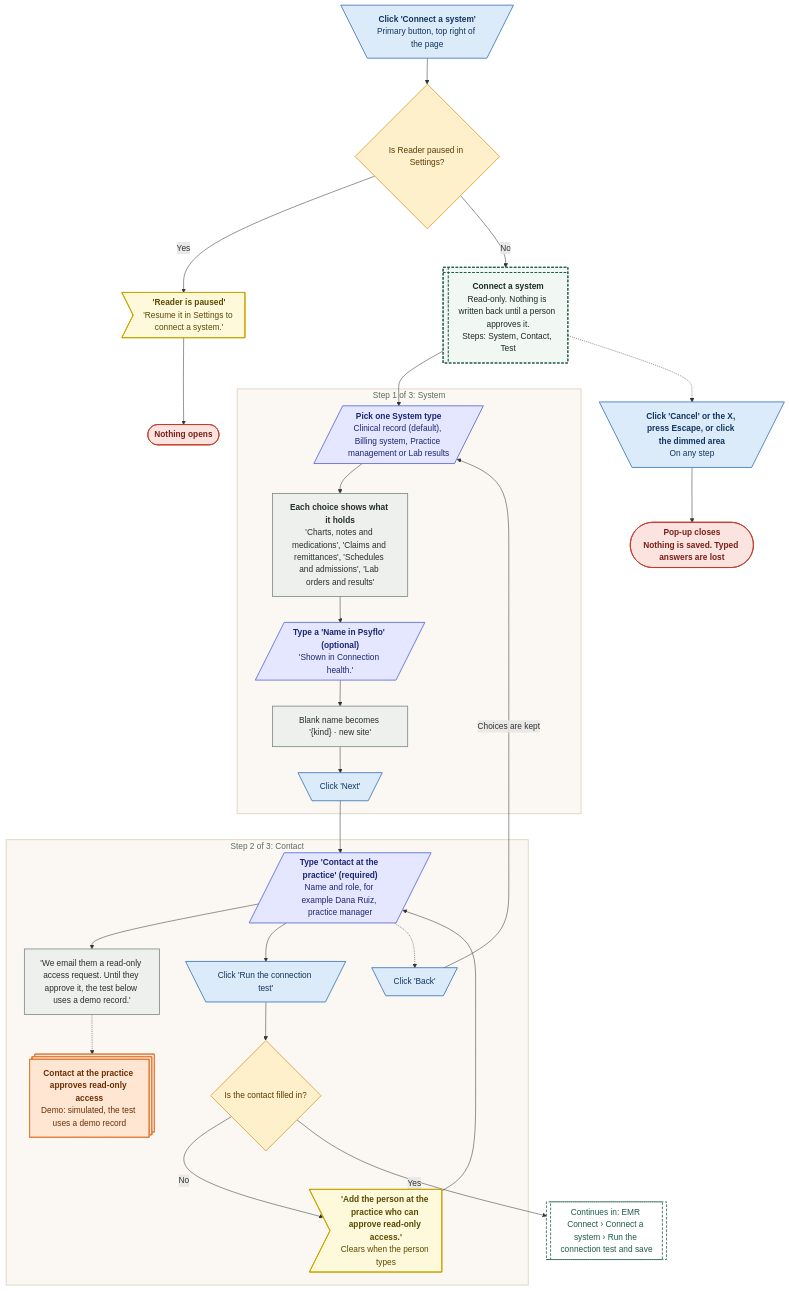
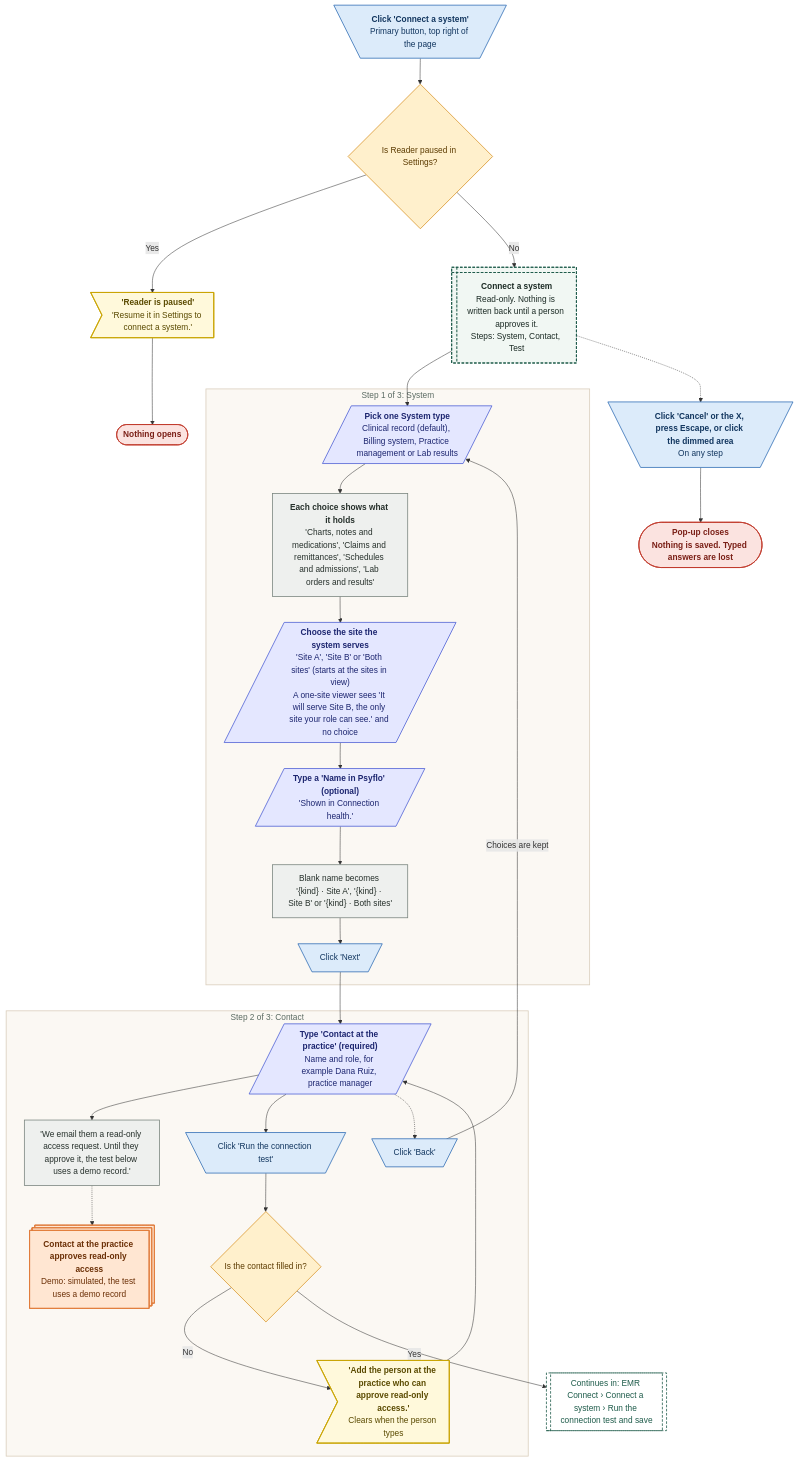
One commit to Shrav143/psyfloapp changed the eighth of 21 diagrams in demos/prior-auth-demo/workflows/out/md/09-emr-connect.md. Above: the diagram before and after it, drawn with Mermaid. The commit also changed other lines of this file and 251 other files, not shown here.

First line of the commit message:
docs: rebuild the workflow diagrams (291) for round 4

````diff
--- a/demos/prior-auth-demo/workflows/out/md/09-emr-connect.md
+++ b/demos/prior-auth-demo/workflows/out/md/09-emr-connect.md
@@ -488,69 +570,70 @@
 ```mermaid
 %%{init: {"theme":"base","themeVariables":{"fontFamily":"'DM Sans', 'Segoe UI', system-ui, sans-serif","fontSize":"15px","lineColor":"#5B6B63","primaryTextColor":"#1C2B25","clusterBkg":"#FBF8F3","clusterBorder":"#D9CDBB","edgeLabelBackground":"#FFFFFF"},"flowchart":{"curve":"basis","nodeSpacing":36,"rankSpacing":48,"padding":12,"htmlLabels":true,"useMaxWidth":false,"wrappingWidth":230}} }%%
 flowchart TD
   classDef k_start fill:#1F5C4B,stroke:#174638,color:#FFFFFF,stroke-width:1.5px,font-weight:600
   classDef k_end fill:#DDEFE3,stroke:#2E7D4F,color:#14502F,stroke-width:1.5px,font-weight:600
   classDef k_endx fill:#FBE3E0,stroke:#C0392B,color:#7A1F16,stroke-width:1.5px,font-weight:600
   classDef k_screen fill:#FFFDF8,stroke:#1F5C4B,color:#1C2B25,stroke-width:2px
   classDef k_overlay fill:#F1F7F3,stroke:#1F5C4B,color:#1C2B25,stroke-width:2px,stroke-dasharray:5 3
   classDef k_click fill:#DCEBFA,stroke:#2F6DB5,color:#12365F,stroke-width:1.5px
   classDef k_input fill:#E4E7FF,stroke:#4C5FD5,color:#1D2670,stroke-width:1.5px
   classDef k_process fill:#EEF0EE,stroke:#7A857F,color:#26302B,stroke-width:1.5px
   classDef k_agent fill:#EEE5FA,stroke:#7A4FC2,color:#341A63,stroke-width:1.5px
   classDef k_decision fill:#FFF0CC,stroke:#D9962B,color:#5C3B00,stroke-width:1.5px
   classDef k_store fill:#D5F0EA,stroke:#1C8E7B,color:#0B4A3F,stroke-width:1.5px
   classDef k_doc fill:#F6E9DC,stroke:#B07A4C,color:#4A2E14,stroke-width:1.5px
   classDef k_ext fill:#FFE6D2,stroke:#E07B39,color:#6B2F06,stroke-width:1.5px
   classDef k_wait fill:#E4E8EE,stroke:#6B7C93,color:#26303D,stroke-width:1.5px
   classDef k_toast fill:#FFF9DB,stroke:#C9A400,color:#5A4A00,stroke-width:1.5px
   classDef k_goto fill:#FFFFFF,stroke:#1F5C4B,color:#1F5C4B,stroke-width:1.5px,stroke-dasharray:5 3
   s1@{ shape: trap-t, label: "<b>Click 'Connect a system'</b><br/>Primary button, top right of the page" }
   qp@{ shape: diam, label: "Is Reader paused in Settings?" }
   tp@{ shape: odd, label: "<b>'Reader is paused'</b><br/>'Resume it in Settings to connect a system.'" }
   xp@{ shape: stadium, label: "Nothing opens" }
   o1@{ shape: win-pane, label: "<b>Connect a system</b><br/>Read-only. Nothing is written back until a person approves it.<br/>Steps: System, Contact, Test" }
   subgraph gS1 ["Step 1 of 3: System"]
   i1@{ shape: lean-r, label: "<b>Pick one System type</b><br/>Clinical record (default), Billing system, Practice management or Lab results" }
   p1@{ shape: rect, label: "<b>Each choice shows what it holds</b><br/>'Charts, notes and medications', 'Claims and remittances', 'Schedules and admissions', 'Lab orders and results'" }
   i2@{ shape: lean-r, label: "<b>Type a 'Name in Psyflo' (optional)</b><br/>'Shown in Connection health.'" }
-  p2@{ shape: rect, label: "Blank name becomes '{kind} · new site'" }
+  is@{ shape: lean-r, label: "<b>Choose the site the system serves</b><br/>'Site A', 'Site B' or 'Both sites' (starts at the sites in view)<br/>A one-site viewer sees 'It will serve Site B, the only site your role can see.' and no choice" }
+  p2@{ shape: rect, label: "Blank name becomes '{kind} · Site A', '{kind} · Site B' or '{kind} · Both sites'" }
   c1@{ shape: trap-t, label: "Click 'Next'" }
   end
   subgraph gS2 ["Step 2 of 3: Contact"]
   i3@{ shape: lean-r, label: "<b>Type 'Contact at the practice' (required)</b><br/>Name and role, for example Dana Ruiz, practice manager" }
   p3@{ shape: rect, label: "'We email them a read-only access request. Until they approve it, the test below uses a demo record.'" }
   x1@{ shape: st-rect, label: "<b>Contact at the practice approves read-only access</b><br/>Demo: simulated, the test uses a demo record" }
   c2@{ shape: trap-t, label: "Click 'Run the connection test'" }
   q1@{ shape: diam, label: "Is the contact filled in?" }
   t1@{ shape: odd, label: "<b>'Add the person at the practice who can approve read-only access.'</b><br/>Clears when the person types" }
   c3@{ shape: trap-t, label: "Click 'Back'" }
   end
   cx@{ shape: trap-t, label: "<b>Click 'Cancel' or the X, press Escape, or click the dimmed area</b><br/>On any step" }
   e1@{ shape: stadium, label: "<b>Pop-up closes</b><br/>Nothing is saved. Typed answers are lost" }
   g1@{ shape: subproc, label: "Continues in: EMR Connect › Connect a system › Run the connection test and save" }
   s1 --> qp
   qp -->|"Yes"| tp --> xp
   qp -->|"No"| o1 --> i1
-  i1 --> p1 --> i2 --> p2 --> c1
+  i1 --> p1 --> is --> i2 --> p2 --> c1
   c1 --> i3
   i3 --> p3
   p3 -.-> x1
   i3 --> c2 --> q1
   q1 -->|"No"| t1 --> i3
   q1 -->|"Yes"| g1
   i3 -.-> c3
   c3 -->|"Choices are kept"| i1
   o1 -.-> cx
   cx --> e1
   class s1,c1,c2,c3,cx k_click
   class qp,q1 k_decision
   class tp,t1 k_toast
   class xp,e1 k_endx
   class o1 k_overlay
-  class i1,i2,i3 k_input
+  class i1,i2,is,i3 k_input
   class p1,p2,p3 k_process
   class x1 k_ext
   class g1 k_goto
   style gS1 fill:#FBF8F3,stroke:#D9CDBB,stroke-width:1.5px,color:#5B6B63
   style gS2 fill:#FBF8F3,stroke:#D9CDBB,stroke-width:1.5px,color:#5B6B63
 ```
````
